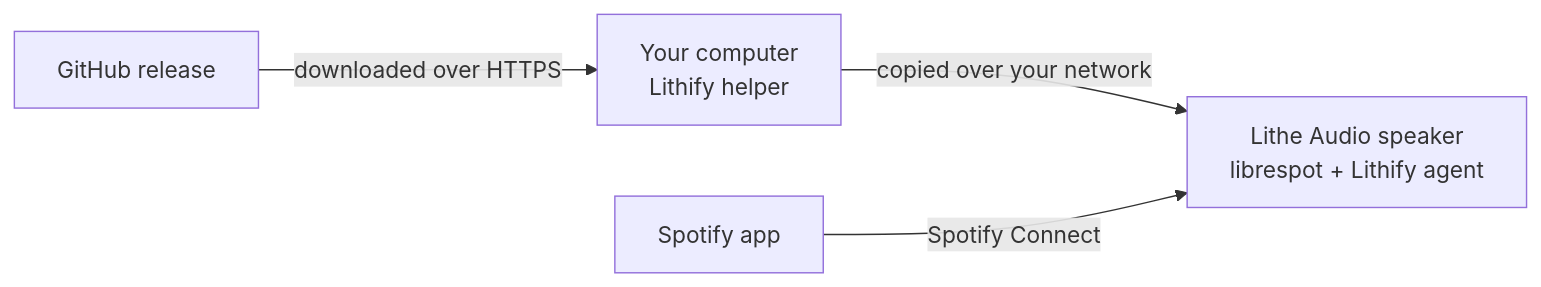
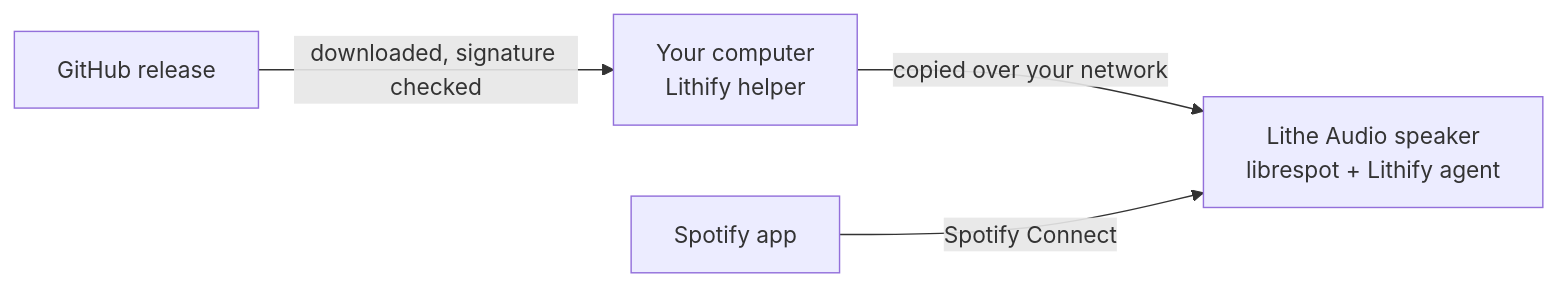
One commit to TomaszKondraciuk/lithify changed the diagram in README.md. Above: the diagram before and after it, drawn with Mermaid. The commit also changed other lines of this file and 9 other files, not shown here.

First line of the commit message:
releases are signed: the computer checks Lithify's signature before it trusts the sums

````diff
--- a/README.md
+++ b/README.md
@@ -141,6 +141,6 @@
 ```mermaid
 flowchart LR
-    release["GitHub release"] -- "downloaded over HTTPS" --> computer["Your computer<br>Lithify helper"]
+    release["GitHub release"] -- "downloaded, signature checked" --> computer["Your computer<br>Lithify helper"]
     computer -- "copied over your network" --> speaker["Lithe Audio speaker<br>librespot + Lithify agent"]
     app["Spotify app"] -- "Spotify Connect" --> speaker
 ```
````
